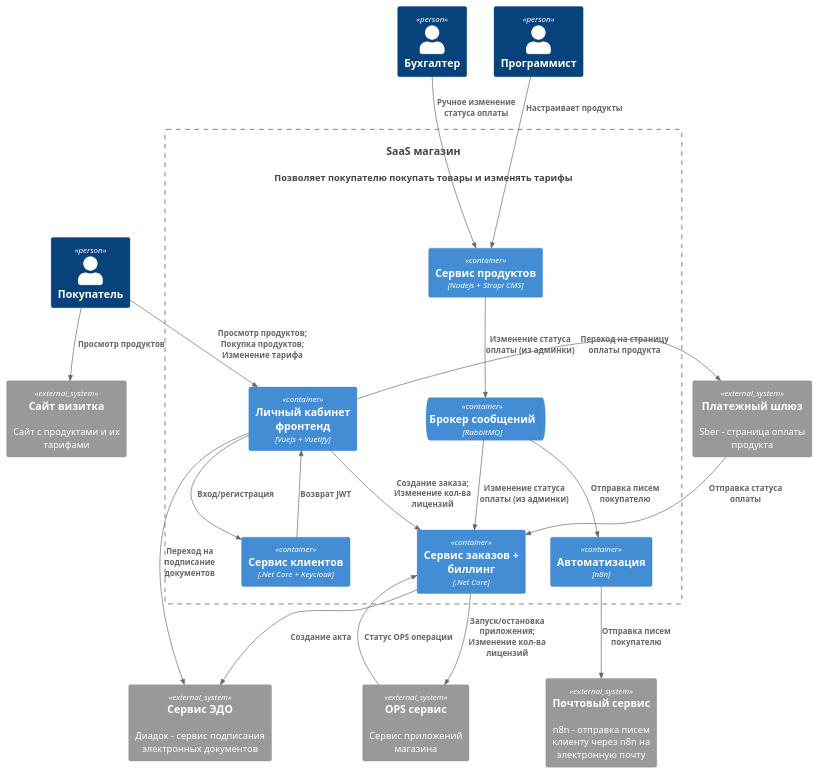
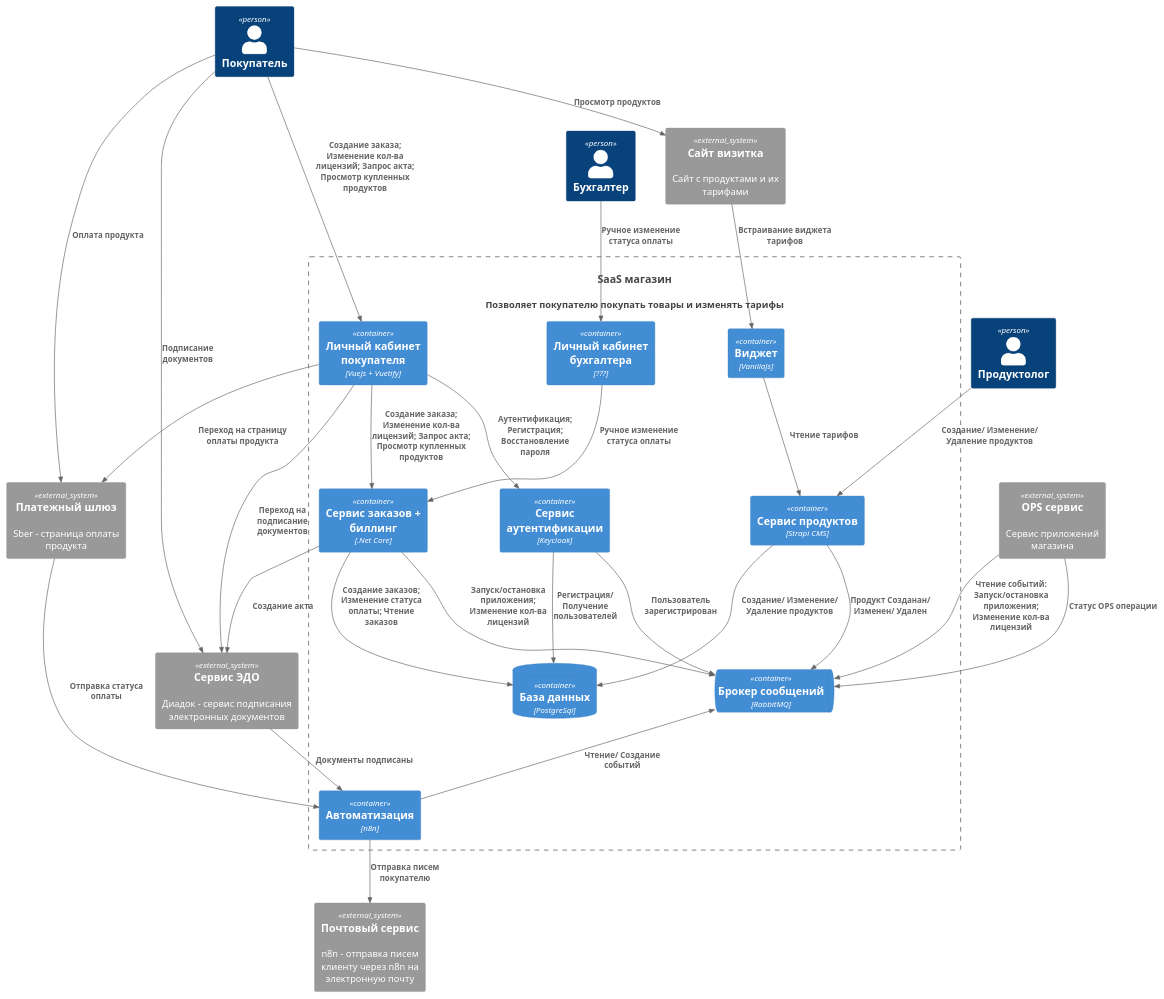
One commit to kelvionald/saas-shop changed the diagram in docs/c4/2.container-v3.puml. Above: the diagram before and after it, drawn with PlantUML.

```diff
--- a/docs/c4/2.container-v3.puml
+++ b/docs/c4/2.container-v3.puml
@@ -1,54 +1,67 @@
 @startuml
 !include https://raw.githubusercontent.com/plantuml-stdlib/C4-PlantUML/master/C4_Container.puml
 
 Person(user_customer, "Покупатель")
 Person(user_accountant, "Бухгалтер")
-Person(user_programmer, "Программист")
+Person(user_programmer, "Продуктолог")
 
 System(system_shop, "SaaS магазин", "Позволяет покупателю покупать товары и изменять тарифы")
 
 System_Ext(system_email, "Почтовый сервис", "n8n - отправка писем клиенту через n8n на электронную почту")
 System_Ext(system_bank, "Платежный шлюз", "Sber - страница оплаты продукта")
 System_Ext(system_docs, "Сервис ЭДО", "Диадок - сервис подписания электронных документов")
 System_Ext(system_ops, "OPS сервис", "Сервис приложений магазина")
 System_Ext(system_site, "Сайт визитка", "Сайт с продуктами и их тарифами")
 
 System_Boundary(system_shop, "SaaS магазин") {
     ContainerQueue(system_queue, "Брокер сообщений", "RabbitMQ")
     Container(system_flow, "Автоматизация", "n8n")
 
-    Container(system_admin, "Сервис продуктов", "NodeJs + Strapi CMS")
-    Container(system_sign, "Сервис клиентов", ".Net Core + Keycloak")
+    Container(system_admin, "Сервис продуктов", "Strapi CMS")
+    Container(system_sign, "Сервис аутентификации", "Keycloak")
     Container(system_billing, "Сервис заказов + биллинг", ".Net Core")
     
-    Container(system_account_front, "Личный кабинет фронтенд", "VueJs + Vuetify")
+    Container(system_account_front, "Личный кабинет покупателя", "VueJs + Vuetify")
+    Container(container_widget, "Виджет", "VanillaJs")
+    Container(container_accountant_admin, "Личный кабинет бухгалтера", "???")
+    
+    ContainerDb(container_db, "База данных", "PostgreSql")
 }
 
-' Все сервисы могут отправлять в брокер почтовые сообщения клиенту
-' Админка может читать данные из любых сервисов
+Rel(system_site, container_widget, "Встраивание виджета тарифов")
+Rel(container_widget, system_admin, "Чтение тарифов")
 
-Rel(user_accountant, system_admin, "Ручное изменение статуса оплаты")
-Rel(user_programmer, system_admin, "Настраивает продукты")
-Rel(system_admin, system_queue, "Изменение статуса оплаты (из админки)")
-' Rel(system_admin, system_site, "Получение продуктов")
+Rel(user_accountant, container_accountant_admin, "Ручное изменение статуса оплаты")
+Rel(container_accountant_admin, system_billing, "Ручное изменение статуса оплаты")
 
-Rel(system_queue, system_billing, "Изменение статуса оплаты (из админки)")
-Rel(system_billing, system_ops, "Запуск/остановка приложения; Изменение кол-ва лицензий")
+Rel(user_programmer, system_admin, "Создание/ Изменение/ Удаление продуктов")
 
-Rel(system_account_front, system_billing, "Создание заказа; Изменение кол-ва лицензий")
-Rel(user_customer, system_account_front, "Просмотр продуктов; Покупка продуктов; Изменение тарифа")
+Rel(system_admin, container_db, "Создание/ Изменение/ Удаление продуктов")
+Rel(system_sign, container_db, "Регистрация/ Получение пользователей")
+Rel(system_billing, container_db, "Создание заказов; Изменение статуса оплаты; Чтение заказов")
+
+Rel(system_account_front, system_billing, "Создание заказа; Изменение кол-ва лицензий; Запрос акта; Просмотр купленных продуктов")
+Rel(user_customer, system_account_front, "Создание заказа; Изменение кол-ва лицензий; Запрос акта; Просмотр купленных продуктов")
 Rel(user_customer, system_site, "Просмотр продуктов")
-Rel(system_account_front, system_sign, "Вход/регистрация")
-Rel(system_sign, system_account_front, "Возврат JWT")
+Rel(system_account_front, system_sign, "Аутентификация; Регистрация; Восстановление пароля")
 
+Rel(user_customer, system_bank, "Оплата продукта")
+Rel(user_customer, system_docs, "Подписание документов")
 Rel(system_account_front, system_bank, "Переход на страницу оплаты продукта")
-Rel(system_bank, system_billing, "Отправка статуса оплаты")
+Rel(system_bank, system_flow, "Отправка статуса оплаты")
 
-Rel(system_queue, system_flow, "Отправка писем покупателю")
 Rel(system_flow, system_email, "Отправка писем покупателю")
 
 Rel(system_account_front, system_docs, "Переход на подписание документов")
 Rel(system_billing, system_docs, "Создание акта")
-Rel(system_ops, system_billing, "Статус OPS операции")
+
+Rel_U(system_flow, system_queue, "Чтение/ Создание событий")
+Rel(system_admin, system_queue, "Продукт Созданан/ Изменен/ Удален")
+Rel(system_sign, system_queue, "Пользователь зарегистрирован")
+Rel(system_billing, system_queue, "Запуск/остановка приложения; Изменение кол-ва лицензий")
+Rel(system_ops, system_queue, "Статус OPS операции")
+Rel(system_ops, system_queue, "Чтение событий: Запуск/остановка приложения; Изменение кол-ва лицензий")
+
+Rel(system_docs, system_flow, "Документы подписаны")
 
 @enduml
```
